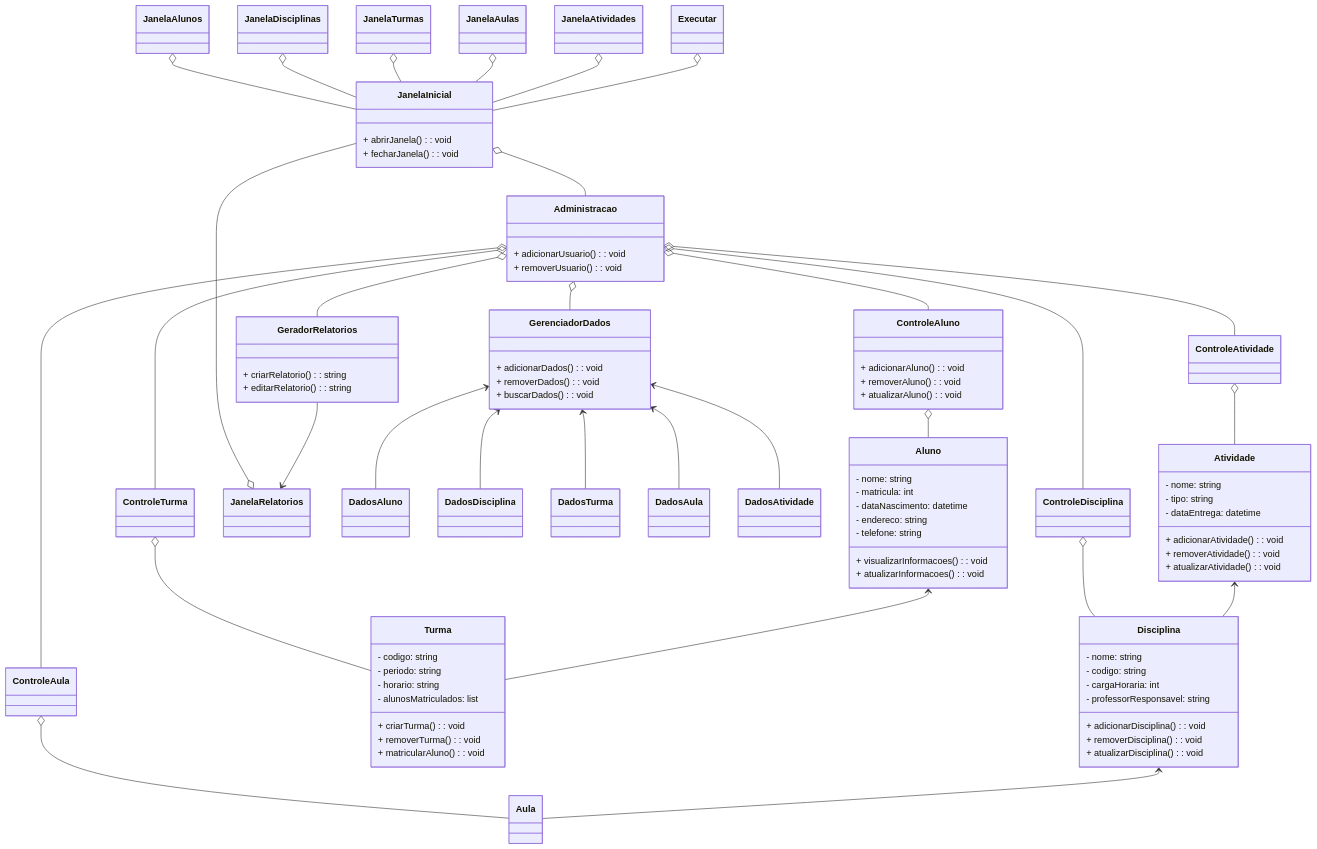
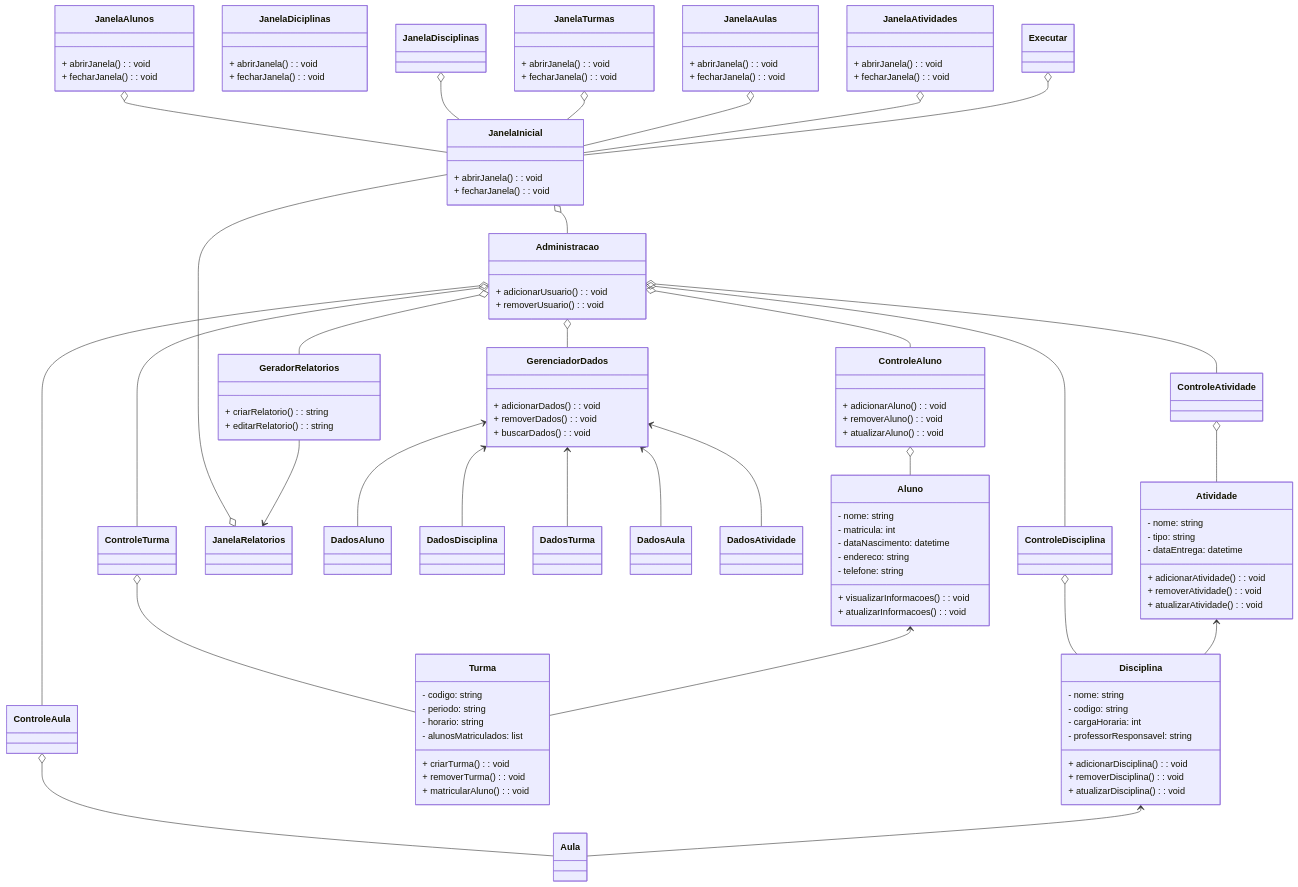
The diagram in EngSoft.md (mamaclara99/diagramaclasses), drawn with Mermaid before and after one commit.

````diff
--- a/EngSoft.md
+++ b/EngSoft.md
@@ -2,6 +2,26 @@
 ```mermaid
 classDiagram
  class JanelaInicial {
+        + abrirJanela(): void
+        + fecharJanela(): void
+    }
+ class JanelaAlunos {
+        + abrirJanela(): void
+        + fecharJanela(): void
+    }
+ class JanelaDiciplinas {
+        + abrirJanela(): void
+        + fecharJanela(): void
+    }
+ class JanelaTurmas {
+        + abrirJanela(): void
+        + fecharJanela(): void
+    }
+ class JanelaAulas {
+        + abrirJanela(): void
+        + fecharJanela(): void
+    }
+ class JanelaAtividades {
         + abrirJanela(): void
         + fecharJanela(): void
     }
````
